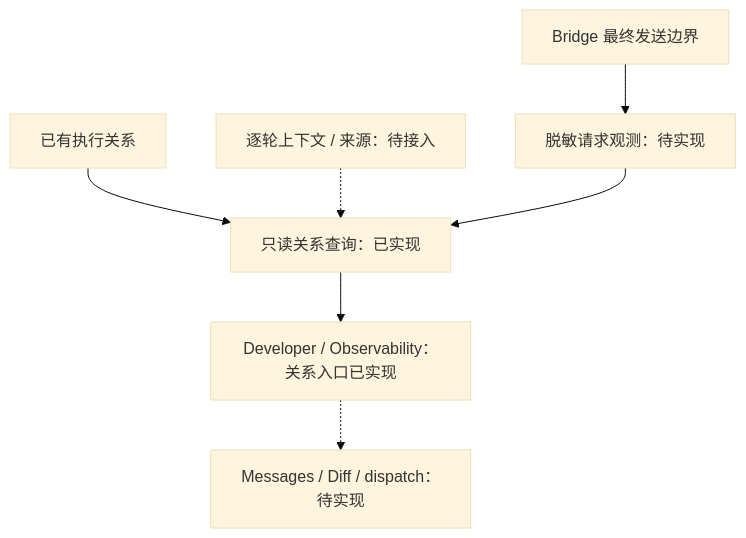
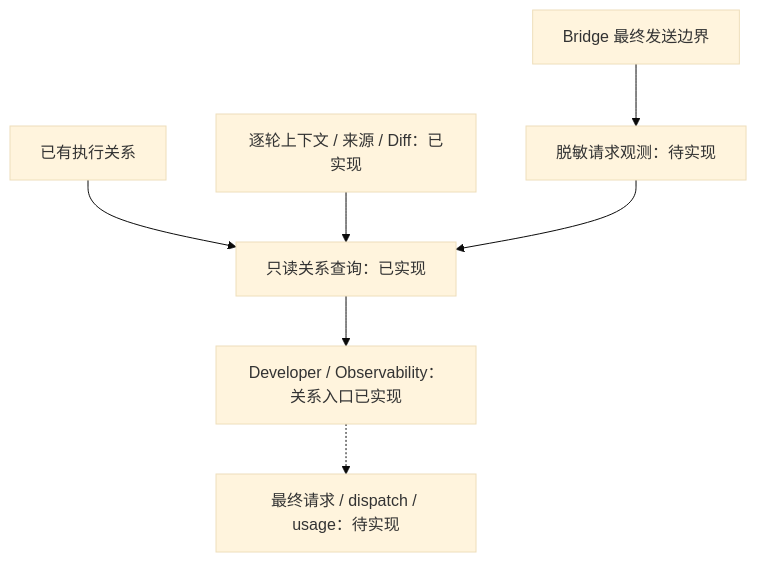
The second of 2 diagrams in docs/designs/observability.md (z-chenhao/assistant), drawn with Mermaid (base theme) before and after one commit. The commit also changed other lines of this file and 22 other files, not shown here.

````diff
--- a/docs/designs/observability.md
+++ b/docs/designs/observability.md
@@ -47,9 +58,9 @@
 ```mermaid
 flowchart TD
     S["已有执行关系"] --> Q["只读关系查询：已实现"]
-    G["逐轮上下文 / 来源：待接入"] -.-> Q
+    G["逐轮上下文 / 来源 / Diff：已实现"] --> Q
     B["Bridge 最终发送边界"] --> W["脱敏请求观测：待实现"]
     W --> Q
     Q --> U["Developer / Observability：关系入口已实现"]
-    U -.-> V["Messages / Diff / dispatch：待实现"]
+    U -.-> V["最终请求 / dispatch / usage：待实现"]
 ```
````
